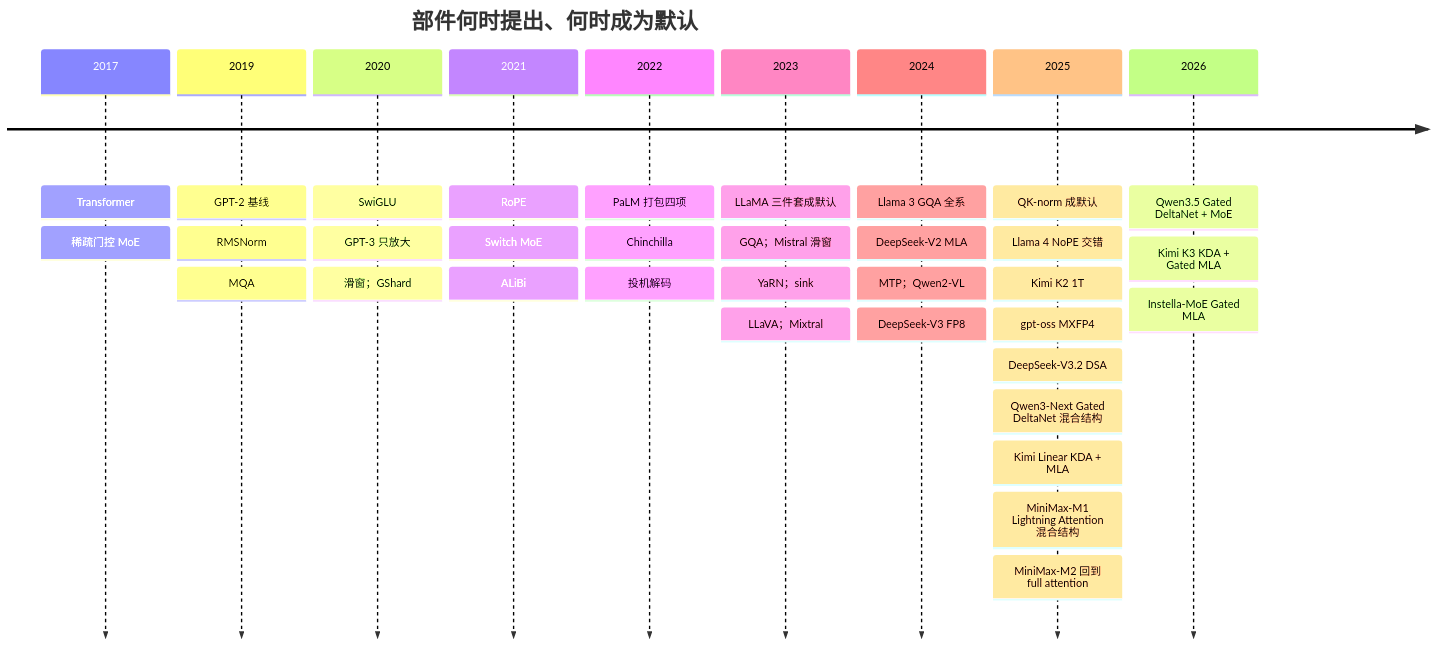
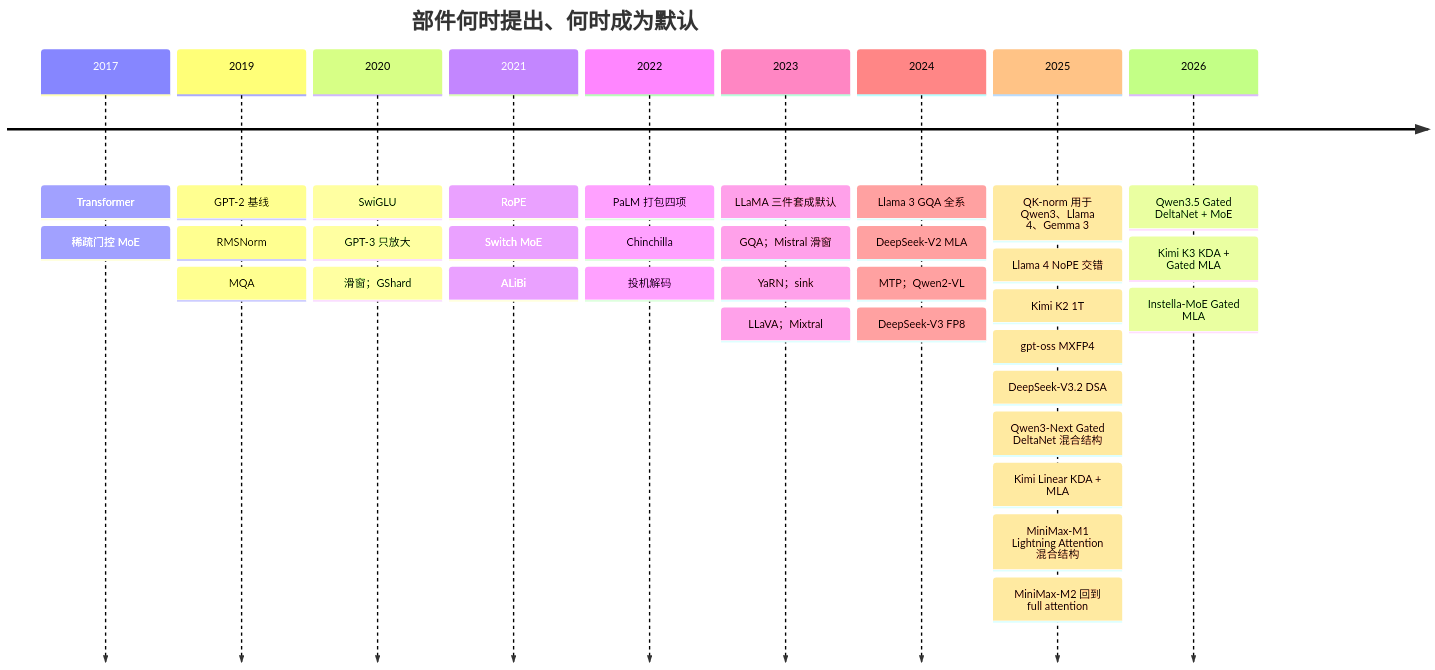
One commit to arganzheng/arganzheng.github.com changed the second of 4 diagrams in _posts/2026-04-02-llm-architecture-evolution-roadmap-from-gpt2.md. Above: the diagram before and after it, drawn with Mermaid.

Commit message:
现代 LLM 结构 总纲：时间线「QK-norm 成默认」改为实际采用它的三个模型

````diff
--- a/_posts/2026-04-02-llm-architecture-evolution-roadmap-from-gpt2.md
+++ b/_posts/2026-04-02-llm-architecture-evolution-roadmap-from-gpt2.md
@@ -167,39 +167,39 @@
 ```mermaid
 %% 图：2017–2026 年 LLM 结构演进时间线：部件级论文与把它们组合进主流模型的里程碑
 timeline
     title 部件何时提出、何时成为默认
     2017 : Transformer
          : 稀疏门控 MoE
     2019 : GPT-2 基线
          : RMSNorm
          : MQA
     2020 : SwiGLU
          : GPT-3 只放大
          : 滑窗；GShard
     2021 : RoPE
          : Switch MoE
          : ALiBi
     2022 : PaLM 打包四项
          : Chinchilla
          : 投机解码
     2023 : LLaMA 三件套成默认
          : GQA；Mistral 滑窗
          : YaRN；sink
          : LLaVA；Mixtral
     2024 : Llama 3 GQA 全系
          : DeepSeek-V2 MLA
          : MTP；Qwen2-VL
          : DeepSeek-V3 FP8
-    2025 : QK-norm 成默认
+    2025 : QK-norm 用于 Qwen3、Llama 4、Gemma 3
          : Llama 4 NoPE 交错
          : Kimi K2 1T
          : gpt-oss MXFP4
          : DeepSeek-V3.2 DSA
          : Qwen3-Next Gated DeltaNet 混合结构
          : Kimi Linear KDA + MLA
          : MiniMax-M1 Lightning Attention 混合结构
          : MiniMax-M2 回到 full attention
     2026 : Qwen3.5 Gated DeltaNet + MoE
          : Kimi K3 KDA + Gated MLA
          : Instella-MoE Gated MLA
 ```
````
